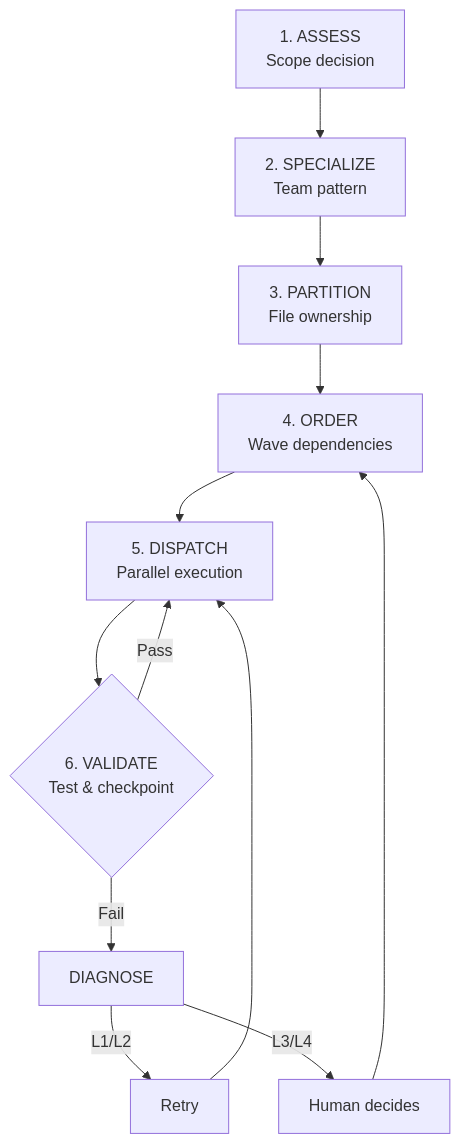
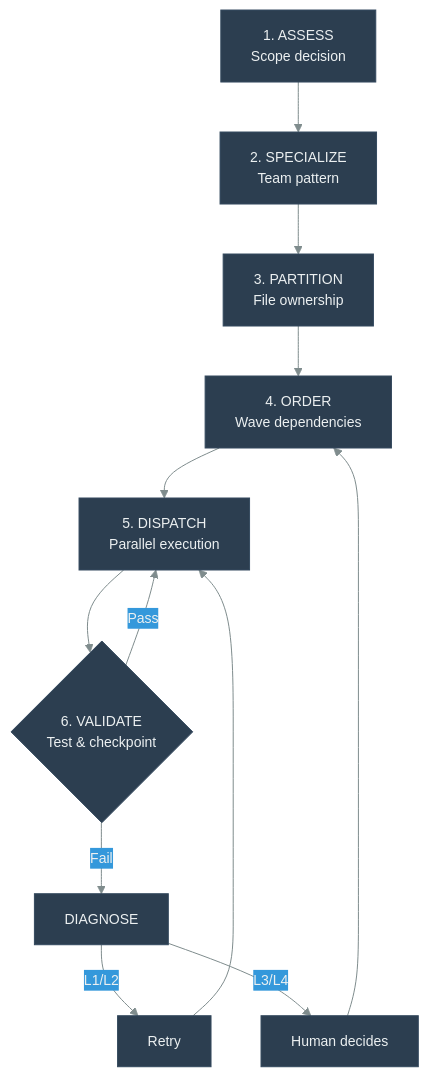
The seventh of 7 diagrams in handbook/ch12-multi-agent-orchestration.qmd (danielmeppiel/agentic-sdlc-handbook), drawn with Mermaid before and after one commit. The commit also changed other lines of this file and 20 other files, not shown here.

First line of the commit message:
feat: add accessibility metadata and consistent theme to all 35 diagrams

````diff
--- a/handbook/ch12-multi-agent-orchestration.qmd
+++ b/handbook/ch12-multi-agent-orchestration.qmd
@@ -432,15 +464,19 @@
 ```{mermaid}
 %%| fig-width: 4.5
+%%| fig-cap: "Complete multi-agent orchestration workflow"
+%%| fig-alt: "Flowchart showing a six-step orchestration workflow: step 1 Assess (Scope decision) flows to step 2 Specialize (Team pattern), then to step 3 Partition (File ownership), then to step 4 Order (Wave dependencies), then to step 5 Dispatch (Parallel execution), then to step 6 Validate (Test and checkpoint). From Validate, Pass loops back to Dispatch for the next wave, and Fail goes to Diagnose. From Diagnose, L1 or L2 issues go to Retry which returns to Dispatch, while L3 or L4 issues go to Human decides which returns to Order for replanning."
+%%| label: fig-orchestration-workflow
+%%{init: {'theme': 'base', 'themeVariables': {'primaryColor': '#2c3e50', 'primaryTextColor': '#ecf0f1', 'primaryBorderColor': '#34495e', 'lineColor': '#7f8c8d', 'secondaryColor': '#3498db', 'tertiaryColor': '#ecf0f1', 'fontSize': '14px'}}}%%
 flowchart TD
     A1["1. ASSESS<br/>Scope decision"] --> A2["2. SPECIALIZE<br/>Team pattern"]
     A2 --> A3["3. PARTITION<br/>File ownership"]
     A3 --> A4["4. ORDER<br/>Wave dependencies"]
     A4 --> A5["5. DISPATCH<br/>Parallel execution"]
     A5 --> A6{"6. VALIDATE<br/>Test & checkpoint"}
     A6 -->|"Pass"| A5
     A6 -->|"Fail"| DX["DIAGNOSE"]
     DX -->|"L1/L2"| RETRY["Retry"]
     DX -->|"L3/L4"| HUMAN["Human decides"]
     RETRY --> A5
     HUMAN --> A4
 ```
````
